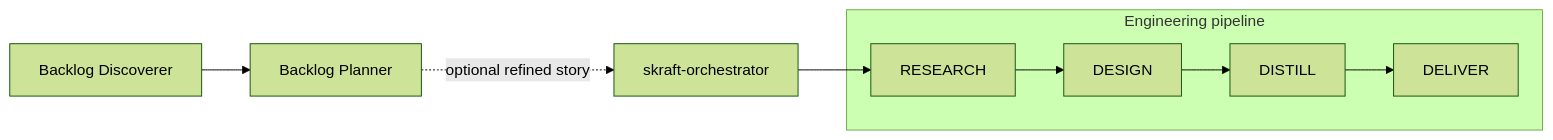
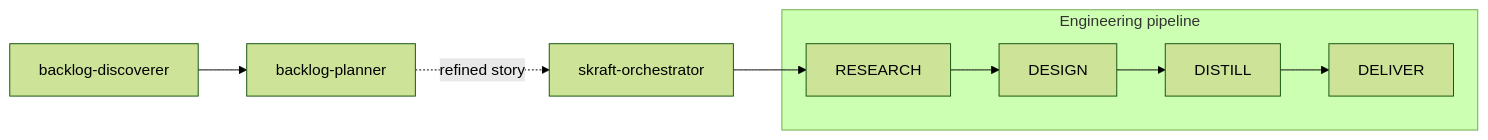
The diagram in plugins/skraft-framework/README.md (SebastienDegodez/skraft-plugin), drawn with Mermaid (forest theme) before and after one commit. The commit also changed other lines of this file and 2 other files, not shown here.

First line of the commit message:
docs(plugin): rewrite the README for the people who install SKRAFT

````diff
--- a/plugins/skraft-framework/README.md
+++ b/plugins/skraft-framework/README.md
@@ -59,13 +39,9 @@
 ```mermaid
 flowchart LR
-    D[Backlog Discoverer] --> P[Backlog Planner]
-    P -. optional refined story .-> O[skraft-orchestrator]
-
+    D[backlog-discoverer] --> P[backlog-planner]
+    P -. refined story .-> O[skraft-orchestrator]
     subgraph Engineering pipeline
-        R[RESEARCH] --> A[DESIGN]
-        A --> T[DISTILL]
-        T --> I[DELIVER]
+        R[RESEARCH] --> A[DESIGN] --> T[DISTILL] --> I[DELIVER]
     end
-
     O --> R
 ```
````
